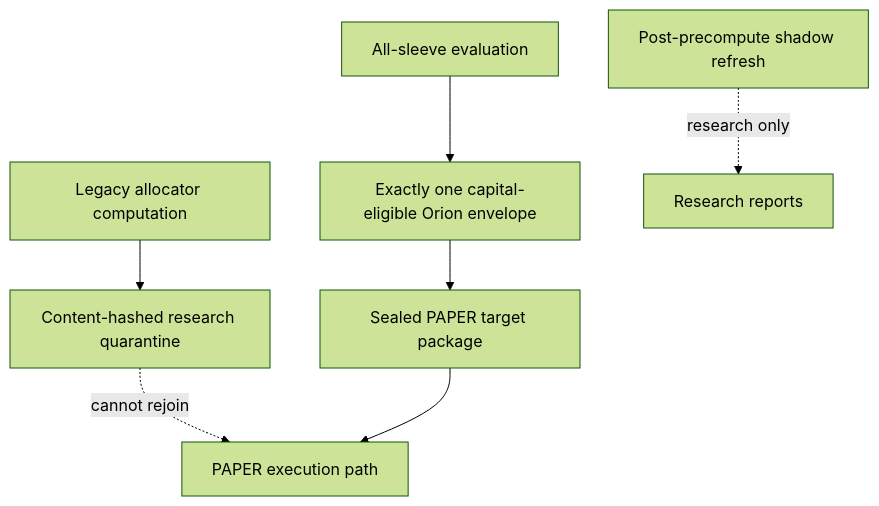
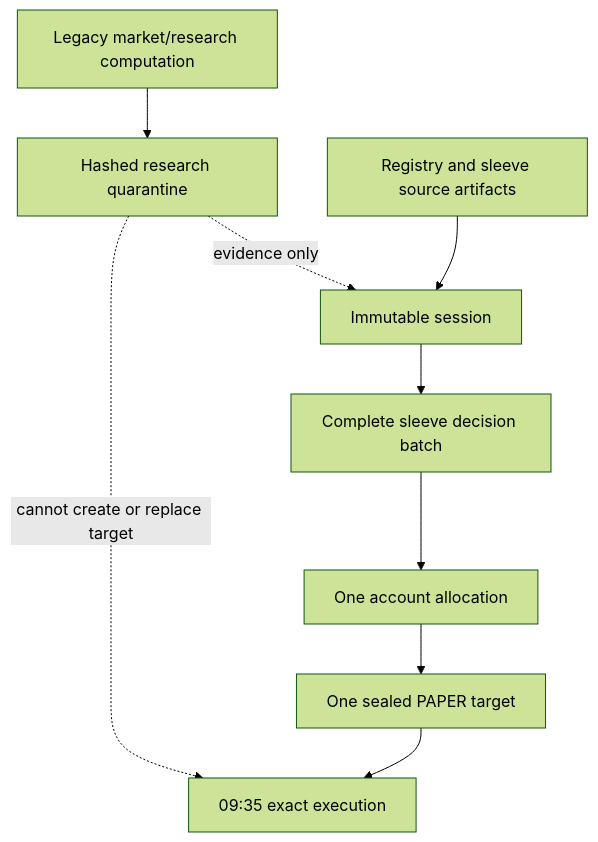
The second of 2 diagrams in docs/architecture/caerus_as_built_data_flow.md (BigO2244/quant-daily-report), drawn with Mermaid (forest theme) before and after one commit. The commit also changed other lines of this file and 34 other files, not shown here.

````diff
--- a/docs/architecture/caerus_as_built_data_flow.md
+++ b/docs/architecture/caerus_as_built_data_flow.md
@@ -83,9 +104,11 @@
 ```mermaid
 flowchart TD
-  L["Legacy allocator computation"] --> Q["Content-hashed research quarantine"]
-  S["All-sleeve evaluation"] --> O["Exactly one capital-eligible Orion envelope"]
-  O --> P["Sealed PAPER target package"]
-  Q -. "cannot rejoin" .-> X["PAPER execution path"]
-  P --> X
-  SH["Post-precompute shadow refresh"] -. "research only" .-> REP["Research reports"]
+  L["Legacy market/research computation"] --> Q["Hashed research quarantine"]
+  Q -. "evidence only" .-> S["Immutable session"]
+  G["Registry and sleeve source artifacts"] --> S
+  S --> D["Complete sleeve decision batch"]
+  D --> A["One account allocation"]
+  A --> P["One sealed PAPER target"]
+  P --> X["09:35 exact execution"]
+  Q -. "cannot create or replace target" .-> X
 ```
````
